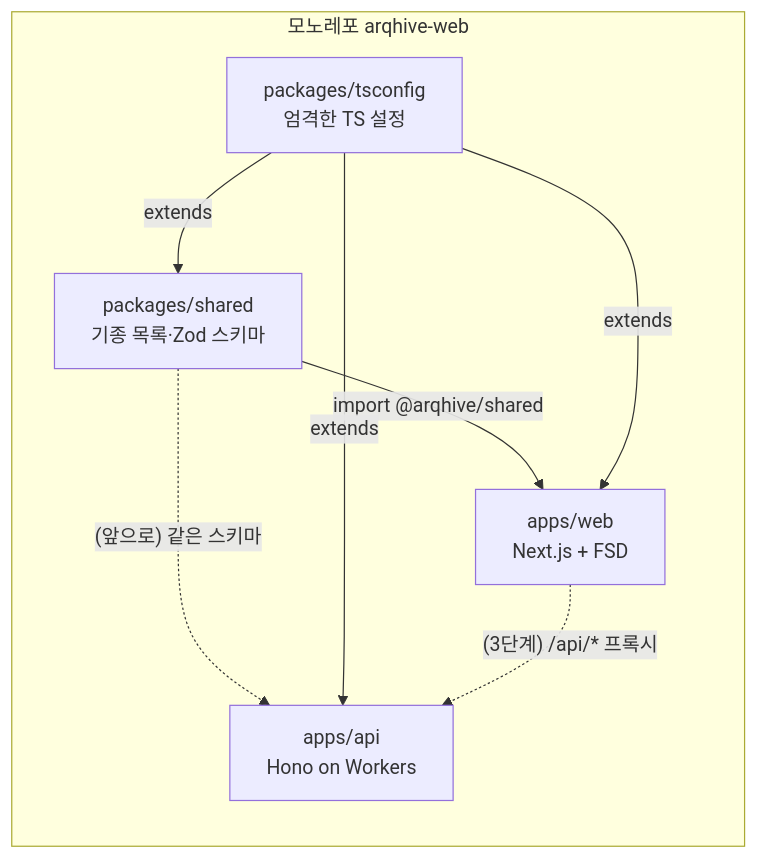
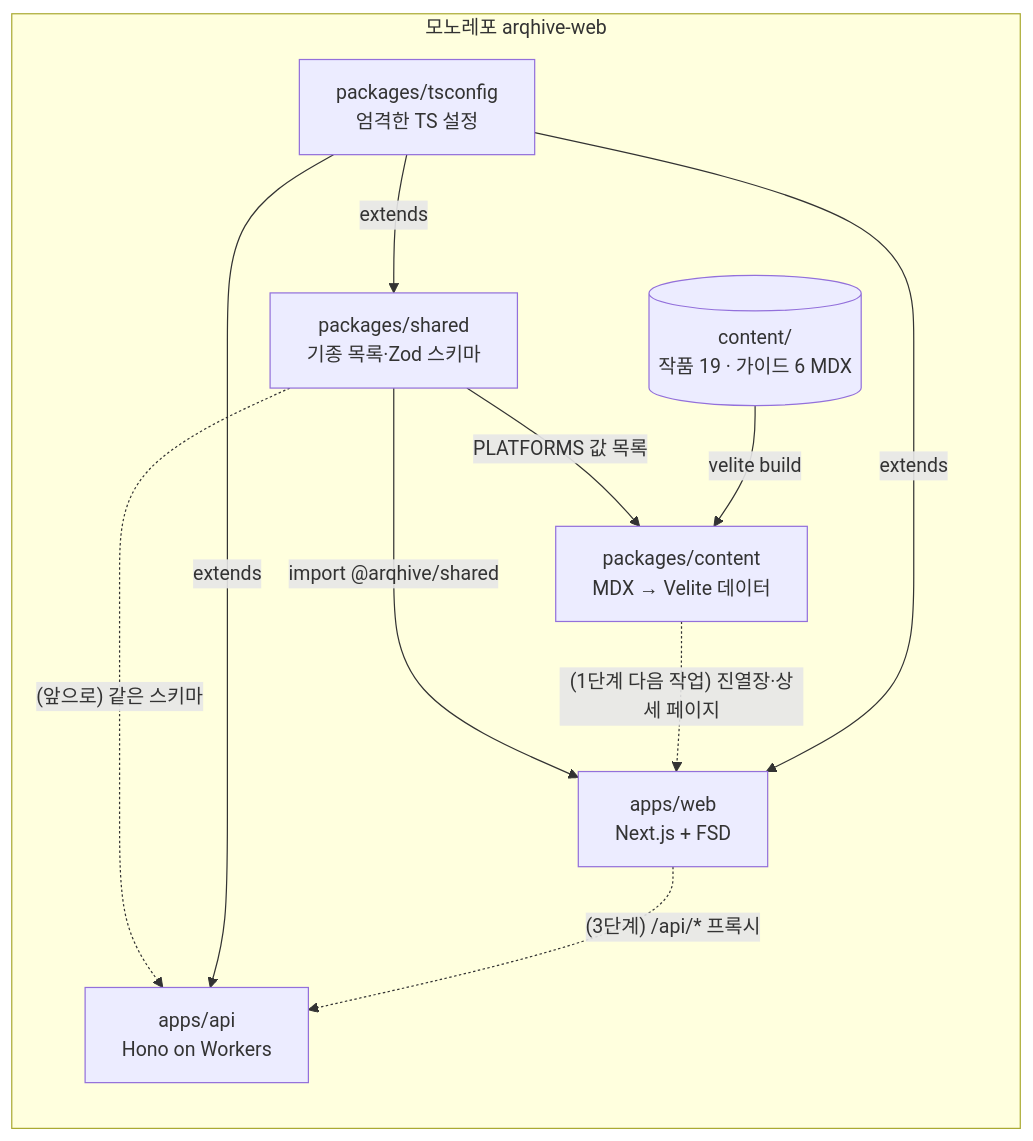
Before and after one commit to arqhive/arqhive-web: the first of 11 diagrams in docs/learning/app-flow.md, drawn with Mermaid. The commit also changed other lines of this file and 43 other files, not shown here.

````diff
--- a/docs/learning/app-flow.md
+++ b/docs/learning/app-flow.md
@@ -9,15 +14,20 @@
 ```mermaid
 flowchart LR
   subgraph repo["모노레포 arqhive-web"]
     shared["packages/shared<br/>기종 목록·Zod 스키마"]
+    content["packages/content<br/>MDX → Velite 데이터"]
+    mdx[("content/<br/>작품 19 · 가이드 6 MDX")]
     tsconfig["packages/tsconfig<br/>엄격한 TS 설정"]
     web["apps/web<br/>Next.js + FSD"]
     api["apps/api<br/>Hono on Workers"]
   end
   shared -- "import @arqhive/shared" --> web
+  shared -- "PLATFORMS 값 목록" --> content
+  mdx -- "velite build" --> content
+  content -. "(1단계 다음 작업) 진열장·상세 페이지" .-> web
   shared -. "(앞으로) 같은 스키마" .-> api
   tsconfig -- extends --> web
   tsconfig -- extends --> api
   tsconfig -- extends --> shared
   web -. "(3단계) /api/* 프록시" .-> api
 ```
````
